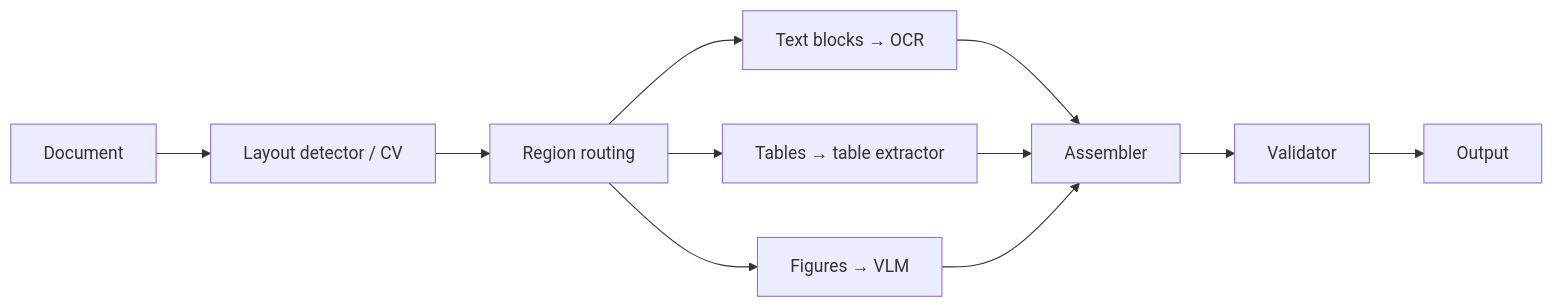
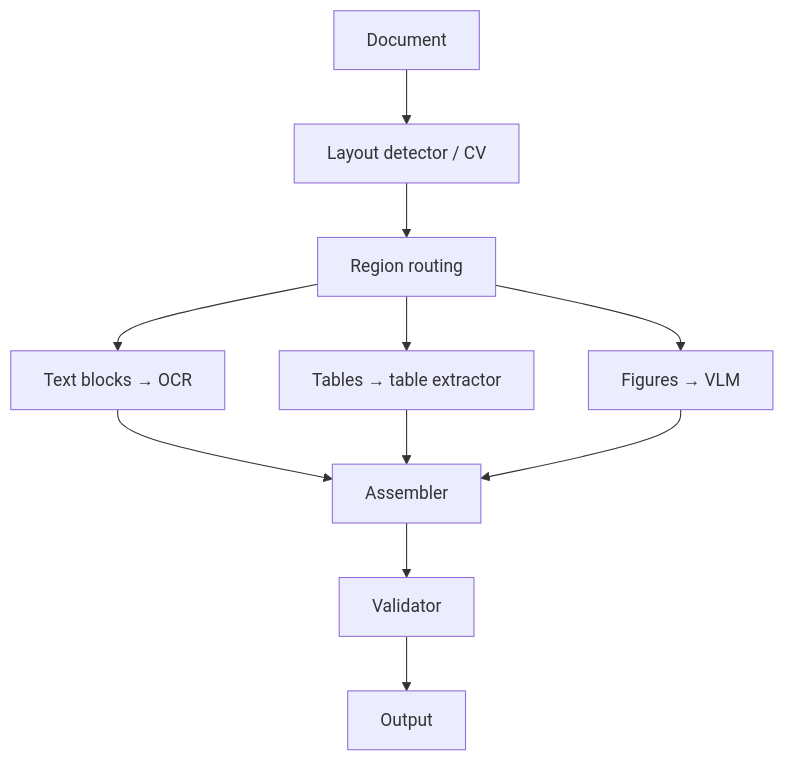
One commit to asadani/agentic-ocr changed the third of 4 diagrams in chapters/04-architecture.qmd. Above: the diagram before and after it, drawn with Mermaid. The commit also changed other lines of this file and 3 other files, not shown here.

````diff
--- a/chapters/04-architecture.qmd
+++ b/chapters/04-architecture.qmd
@@ -90,12 +90,14 @@
 ```{mermaid}
 %%| fig-cap: "Pattern C — Hybrid CV+VLM"
-flowchart LR
+flowchart TB
     A[Document] --> B[Layout detector / CV]
     B --> C[Region routing]
     C --> D1[Text blocks → OCR]
     C --> D2[Tables → table extractor]
     C --> D3[Figures → VLM]
-    D1 & D2 & D3 --> E[Assembler]
+    D1 --> E[Assembler]
+    D2 --> E
+    D3 --> E
     E --> F[Validator]
     F --> G[Output]
 ```
````
